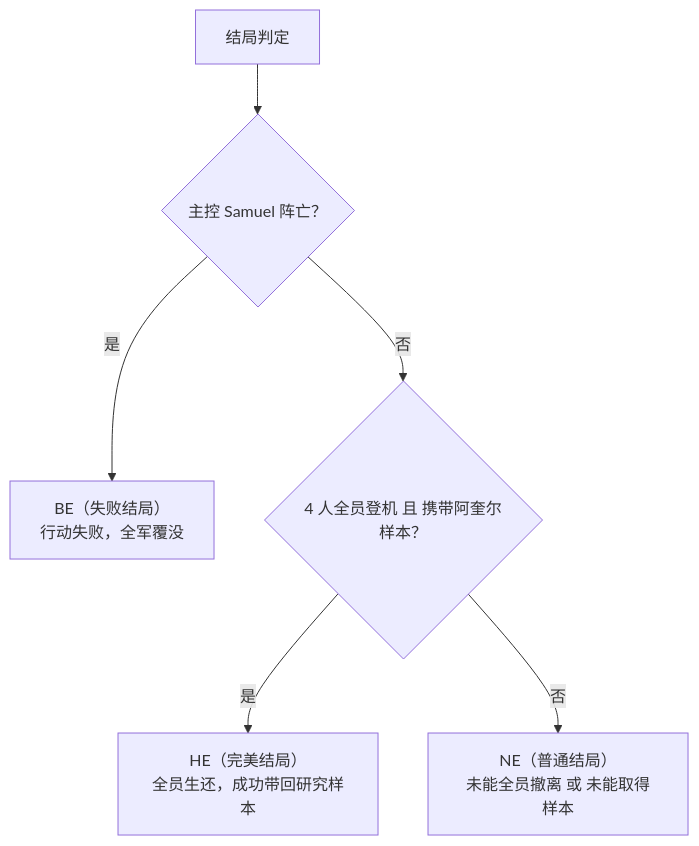
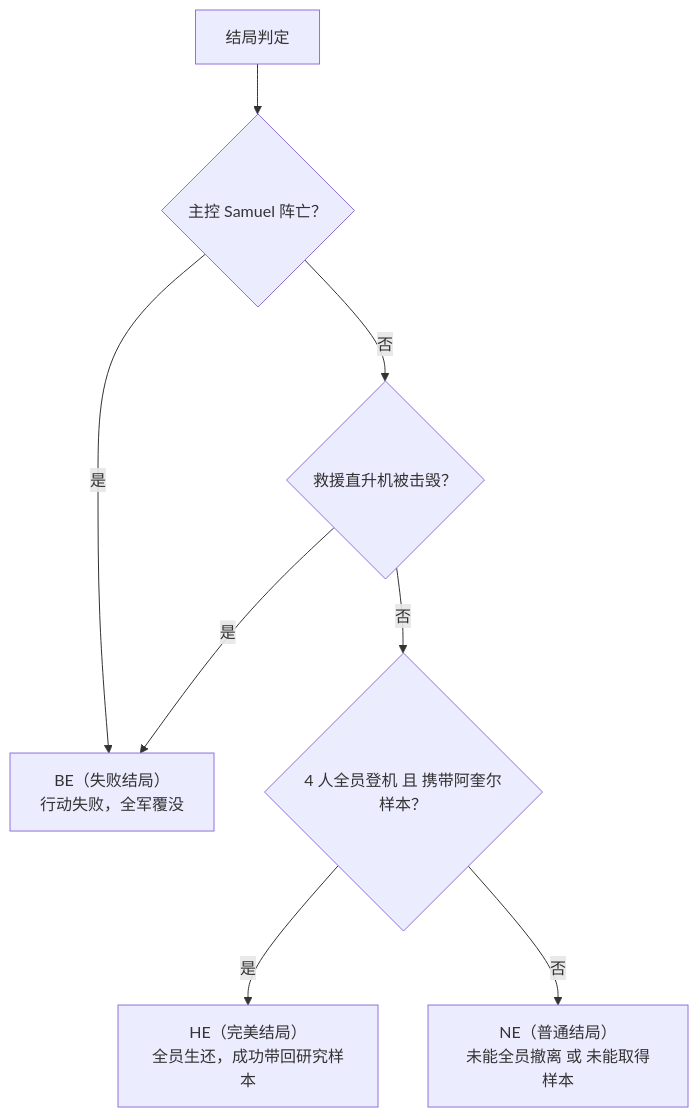
One commit to NBDatsuya/aqueridemon-web changed the second of 2 diagrams in docs/spec/spec.md. Above: the diagram before and after it, drawn with Mermaid. The commit also changed other lines of this file and 1 other file, not shown here.

````diff
--- a/docs/spec/spec.md
+++ b/docs/spec/spec.md
@@ -140,8 +149,10 @@
 ```mermaid
 flowchart TD
     A["结局判定"] --> Q1{"主控 Samuel 阵亡？"}
     Q1 -->|是| BE["BE（失败结局）<br/>行动失败，全军覆没"]
-    Q1 -->|否| Q2{"4 人全员登机 且 携带阿奎尔样本？"}
+    Q1 -->|否| QH{"救援直升机被击毁？"}
+    QH -->|是| BE
+    QH -->|否| Q2{"4 人全员登机 且 携带阿奎尔样本？"}
     Q2 -->|是| HE["HE（完美结局）<br/>全员生还，成功带回研究样本"]
     Q2 -->|否| NE["NE（普通结局）<br/>未能全员撤离 或 未能取得样本"]
 ```
````
